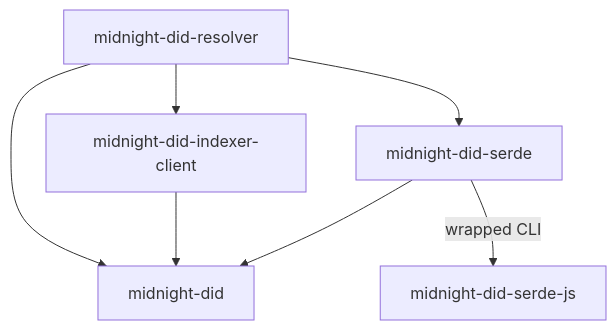
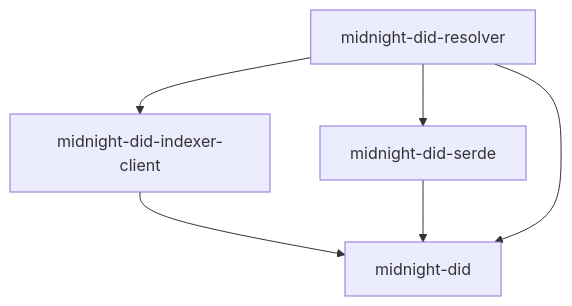
One commit to midnightntwrk/midnight-did-resolver changed the first of 2 diagrams in docs/design.md. Above: the diagram before and after it, drawn with Mermaid. The commit also changed other lines of this file, not shown here.

````diff
--- a/docs/design.md
+++ b/docs/design.md
@@ -29,10 +25,9 @@
 ```mermaid
 graph TD
     midnight-did
     midnight-did-indexer-client --> midnight-did
     midnight-did-serde --> midnight-did
-    midnight-did-serde -- wrapped CLI --> midnight-did-serde-js
     midnight-did-resolver --> midnight-did
     midnight-did-resolver --> midnight-did-indexer-client
     midnight-did-resolver --> midnight-did-serde
 ```
````
